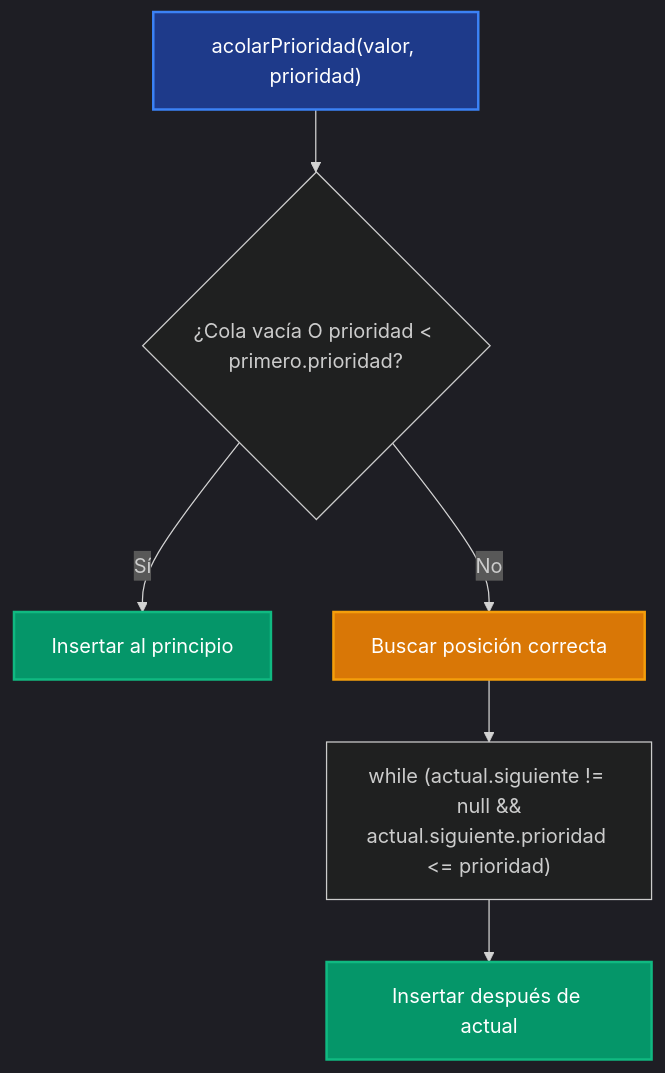
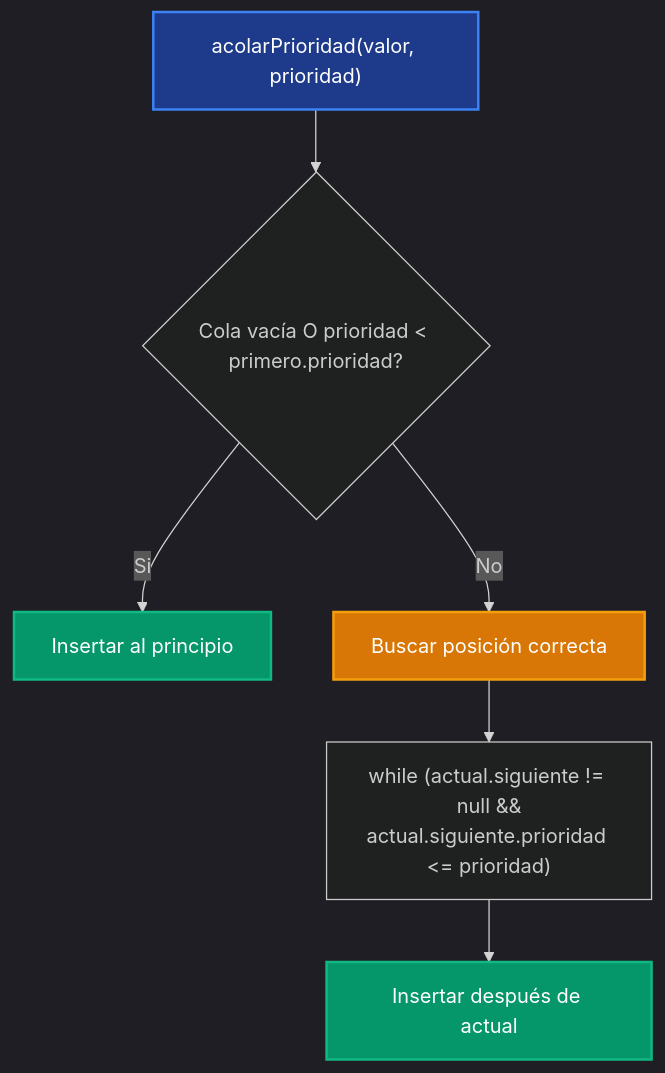
The tenth of 17 diagrams in tp-final/README_IMPLEMENTACIONES.md (pybalt/algo2), drawn with Mermaid before and after one commit. The commit also changed other lines of this file, not shown here.

Commit message:
Update README_IMPLEMENTACIONES.md to improve diagram clarity by standardizing question labels in flowcharts and enhancing consistency in Spanish terminology.

````diff
--- a/tp-final/README_IMPLEMENTACIONES.md
+++ b/tp-final/README_IMPLEMENTACIONES.md
@@ -259,15 +259,15 @@
 ```mermaid
 %%{init: {'theme':'dark'}}%%
 flowchart TD
-    A["acolarPrioridad(valor, prioridad)"] --> B{¿Cola vacía O prioridad < primero.prioridad?}
-    B -->|Sí| C["Insertar al principio"]
+    A["acolarPrioridad(valor, prioridad)"] --> B{"Cola vacía O prioridad < primero.prioridad?"}
+    B -->|Si| C["Insertar al principio"]
     B -->|No| D["Buscar posición correcta"]
     
     D --> E["while (actual.siguiente != null &&<br/>actual.siguiente.prioridad <= prioridad)"]
     E --> F["Insertar después de actual"]
     
     style A fill:#1e3a8a,stroke:#3b82f6,stroke-width:2px,color:#fff
     style C fill:#059669,stroke:#10b981,stroke-width:2px,color:#fff
     style D fill:#d97706,stroke:#f59e0b,stroke-width:2px,color:#fff
     style F fill:#059669,stroke:#10b981,stroke-width:2px,color:#fff
 ```
````
